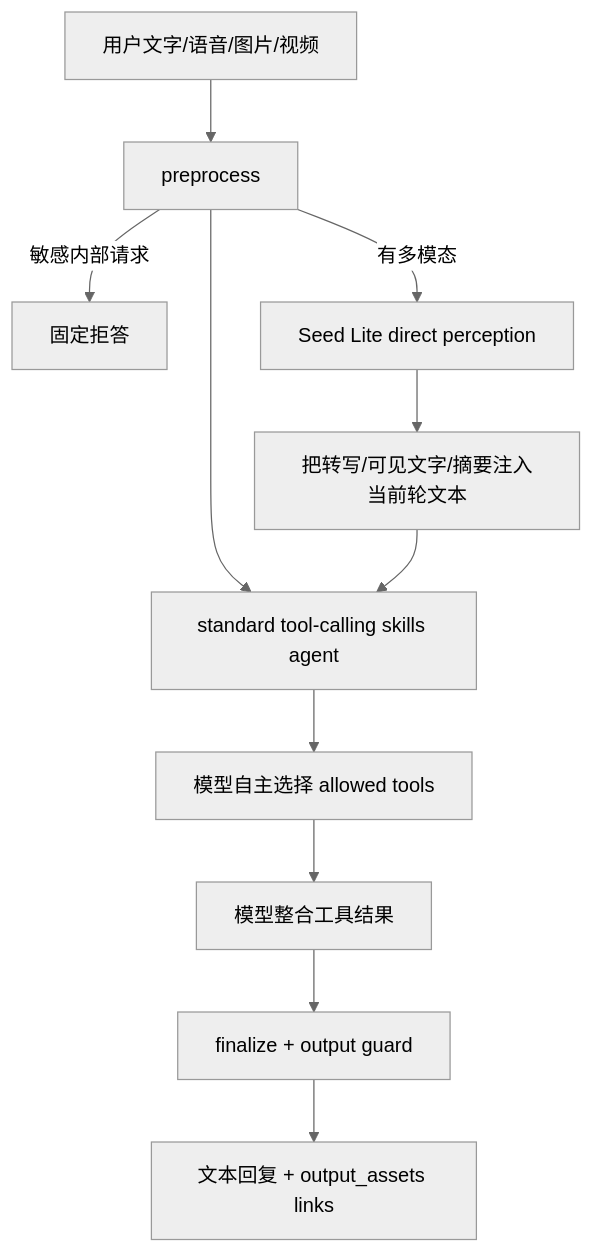
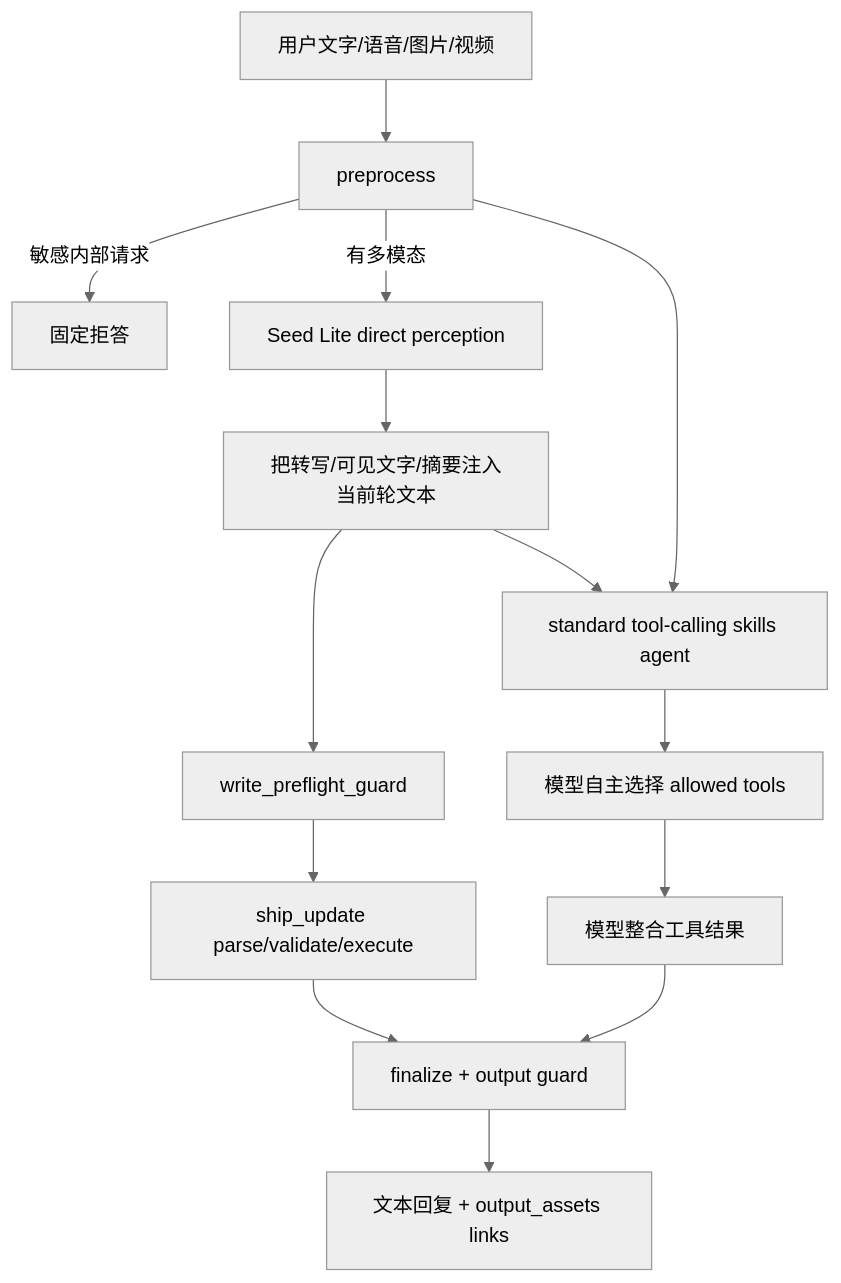
One commit to lr12338/hifleet-agent changed the second of 3 diagrams in docs/AGENT_TECHNICAL_DOCUMENTATION.md. Above: the diagram before and after it, drawn with Mermaid (neutral theme). The commit also changed other lines of this file and 18 other files, not shown here.

````diff
--- a/docs/AGENT_TECHNICAL_DOCUMENTATION.md
+++ b/docs/AGENT_TECHNICAL_DOCUMENTATION.md
@@ -85,13 +85,16 @@
 ```mermaid
 flowchart TD
     Msg[用户文字/语音/图片/视频] --> Pre[preprocess]
     Pre -->|敏感内部请求| Refuse[固定拒答]
     Pre -->|有多模态| Perception[Seed Lite direct perception]
     Perception --> Rewrite[把转写/可见文字/摘要注入当前轮文本]
+    Rewrite --> WriteGuard[write_preflight_guard]
     Pre --> Delegate[standard tool-calling skills agent]
     Rewrite --> Delegate
+    WriteGuard --> ShipUpdate[ship_update parse/validate/execute]
+    ShipUpdate --> Finalize[finalize + output guard]
     Delegate --> Tools[模型自主选择 allowed tools]
     Tools --> Answer[模型整合工具结果]
     Answer --> Finalize[finalize + output guard]
     Finalize --> Reply[文本回复 + output_assets links]
 ```
````
